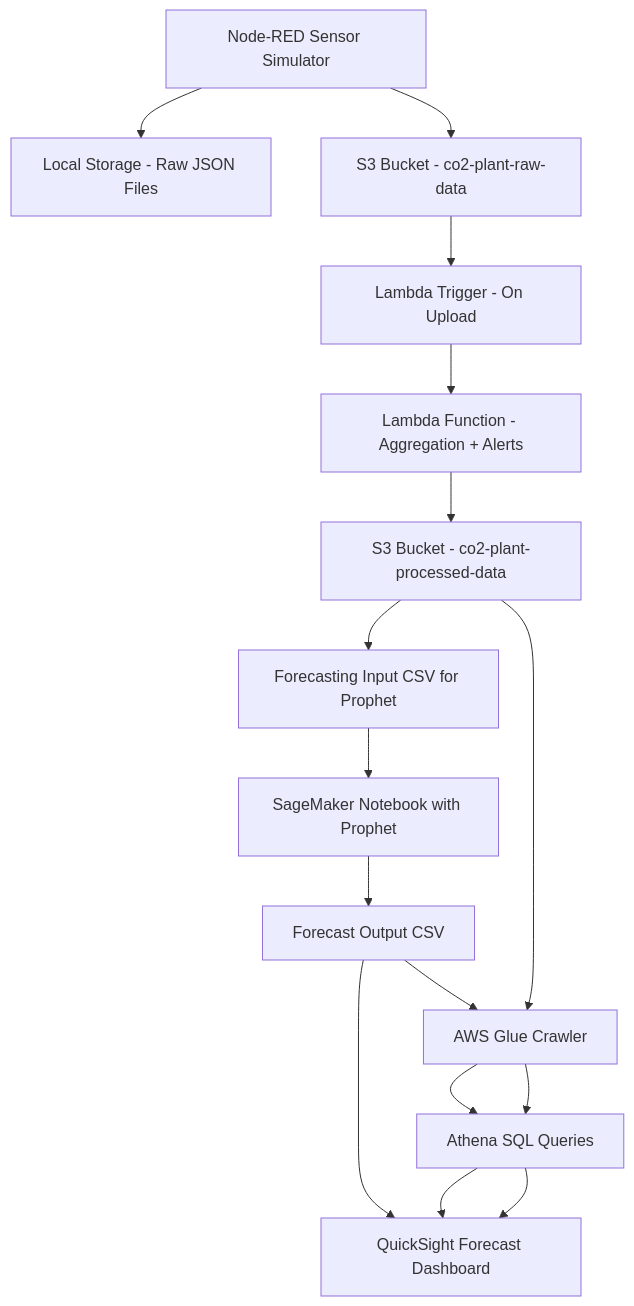
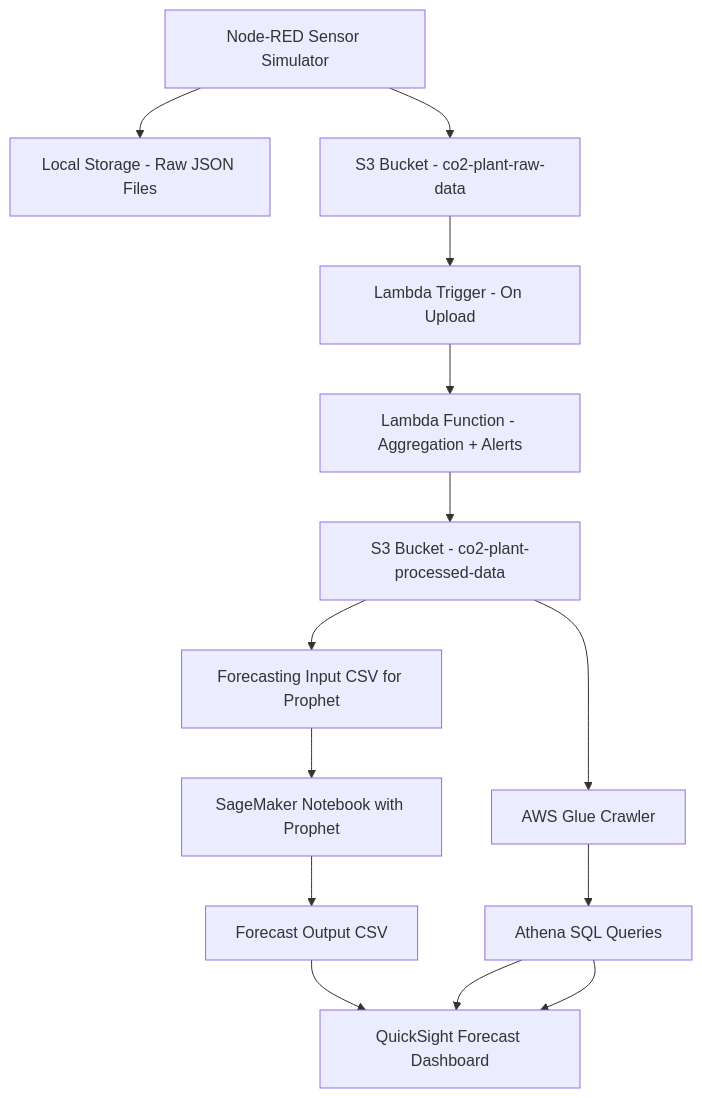
Before and after one commit to Vijay9397/GCT-Case-Study: the diagram in README.md, drawn with Mermaid.

````diff
--- a/README.md
+++ b/README.md
@@ -218,19 +218,17 @@
 ```mermaid
 graph TD
   A[Node-RED Sensor Simulator]
   A --> B[Local Storage - Raw JSON Files]
   A --> C[S3 Bucket - co2-plant-raw-data]
   C --> D[Lambda Trigger - On Upload]
   D --> E[Lambda Function - Aggregation + Alerts]
   E --> F[S3 Bucket - co2-plant-processed-data]
   F --> G1[Forecasting Input CSV for Prophet]
   G1 --> G2[SageMaker Notebook with Prophet]
   G2 --> G3[Forecast Output CSV]
-  G3 --> H[AWS Glue Crawler]
-  H --> I[Athena SQL Queries]
   G3 --> J[QuickSight Forecast Dashboard]
   F --> H[AWS Glue Crawler]
   H --> I[Athena SQL Queries]
   I --> J[QuickSight Forecast Dashboard]
   I --> J
 ```
````
